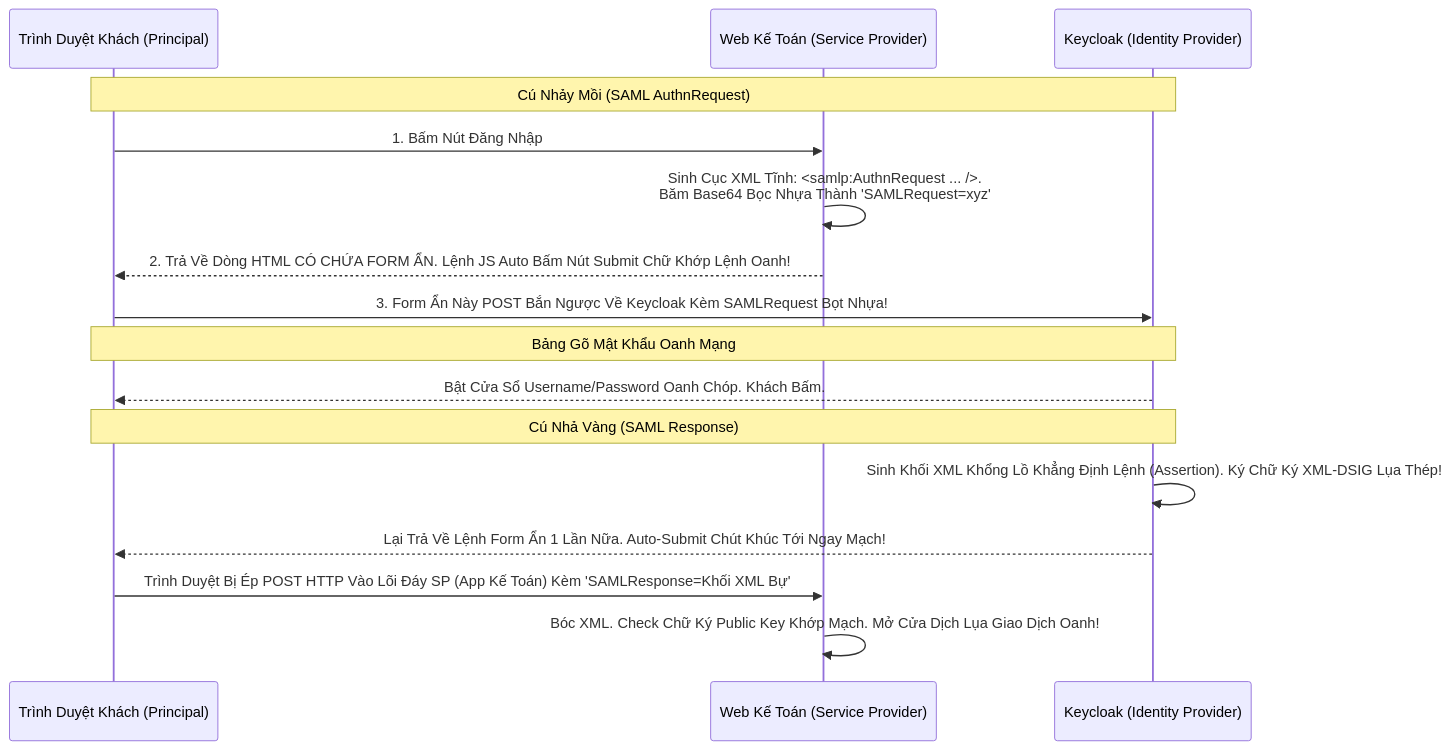
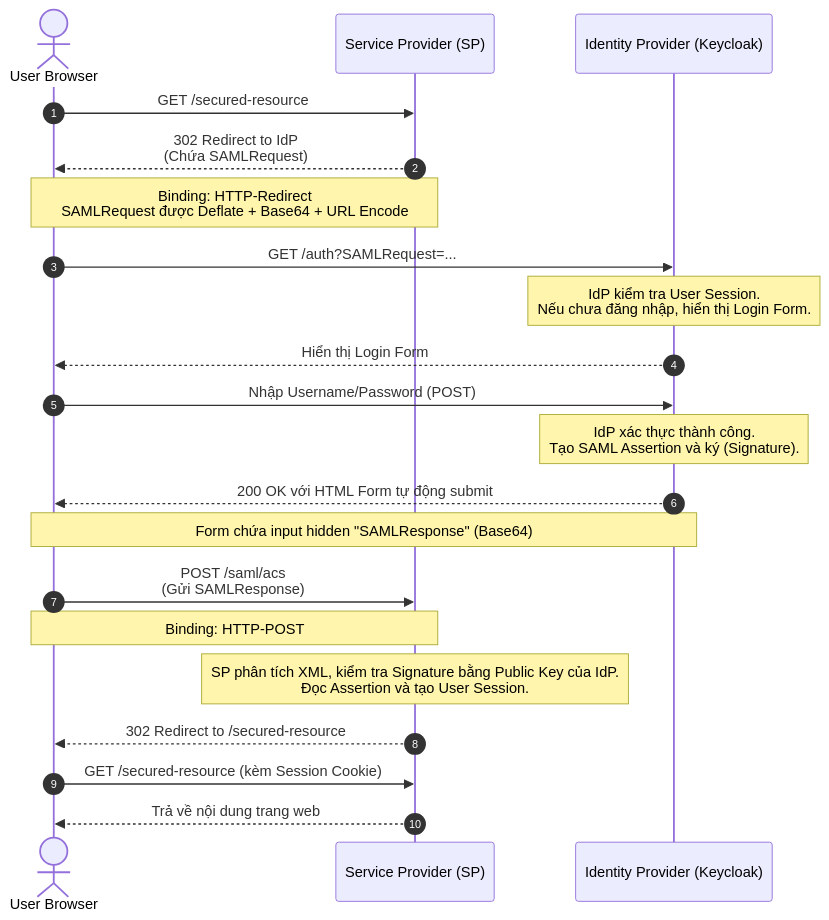
Before and after one commit to Luckyy0/keycloak: the diagram in 17-SAML/Module-1-Concepts/Lesson-1-SAML-Basics.md, drawn with Mermaid. The commit also changed other lines of this file and 215 other files, not shown here.

````diff
--- a/17-SAML/Module-1-Concepts/Lesson-1-SAML-Basics.md
+++ b/17-SAML/Module-1-Concepts/Lesson-1-SAML-Basics.md
@@ -35,24 +26,29 @@
 ```mermaid
 sequenceDiagram
-    participant User as Trình Duyệt Khách (Principal)
-    participant SP as Web Kế Toán (Service Provider)
-    participant IdP as Keycloak (Identity Provider)
+    autonumber
+    actor User as User Browser
+    participant SP as Service Provider (SP)
+    participant IdP as Identity Provider (Keycloak)
 
-    Note over User, IdP: Cú Nhảy Mồi (SAML AuthnRequest)
-    User->>SP: 1. Bấm Nút Đăng Nhập
-    SP->>SP: Sinh Cục XML Tĩnh: <samlp:AuthnRequest ... />. <br/> Băm Base64 Bọc Nhựa Thành 'SAMLRequest=xyz'
+    User->>SP: GET /secured-resource
+    SP-->>User: 302 Redirect to IdP <br/> (Chứa SAMLRequest)
+    Note over SP,User: Binding: HTTP-Redirect<br/>SAMLRequest được Deflate + Base64 + URL Encode
     
-    SP-->>User: 2. Trả Về Dòng HTML CÓ CHỨA FORM ẨN. Lệnh JS Auto Bấm Nút Submit Chữ Khớp Lệnh Oanh!
-    User->>IdP: 3. Form Ẩn Này POST Bắn Ngược Về Keycloak Kèm SAMLRequest Bọt Nhựa!
+    User->>IdP: GET /auth?SAMLRequest=...
+    Note over IdP: IdP kiểm tra User Session.<br/>Nếu chưa đăng nhập, hiển thị Login Form.
     
-    Note over User, IdP: Bảng Gõ Mật Khẩu Oanh Mạng
-    IdP-->>User: Bật Cửa Sổ Username/Password Oanh Chóp. Khách Bấm.
+    IdP-->>User: Hiển thị Login Form
+    User->>IdP: Nhập Username/Password (POST)
+    Note over IdP: IdP xác thực thành công.<br/>Tạo SAML Assertion và ký (Signature).
     
-    Note over User, IdP: Cú Nhả Vàng (SAML Response)
-    IdP->>IdP: Sinh Khối XML Khổng Lồ Khẳng Định Lệnh (Assertion). Ký Chữ Ký XML-DSIG Lụa Thép!
+    IdP-->>User: 200 OK với HTML Form tự động submit
+    Note over IdP,User: Form chứa input hidden "SAMLResponse" (Base64)
     
-    IdP-->>User: Lại Trả Về Lệnh Form Ẩn 1 Lần Nữa. Auto-Submit Chút Khúc Tới Ngay Mạch!
-    User->>SP: Trình Duyệt Bị Ép POST HTTP Vào Lõi Đáy SP (App Kế Toán) Kèm 'SAMLResponse=Khối XML Bự'
+    User->>SP: POST /saml/acs <br/>(Gửi SAMLResponse)
+    Note over User,SP: Binding: HTTP-POST
+    Note over SP: SP phân tích XML, kiểm tra Signature bằng Public Key của IdP.<br/>Đọc Assertion và tạo User Session.
     
-    SP->>SP: Bóc XML. Check Chữ Ký Public Key Khớp Mạch. Mở Cửa Dịch Lụa Giao Dịch Oanh!
+    SP-->>User: 302 Redirect to /secured-resource
+    User->>SP: GET /secured-resource (kèm Session Cookie)
+    SP-->>User: Trả về nội dung trang web
 ```
````
